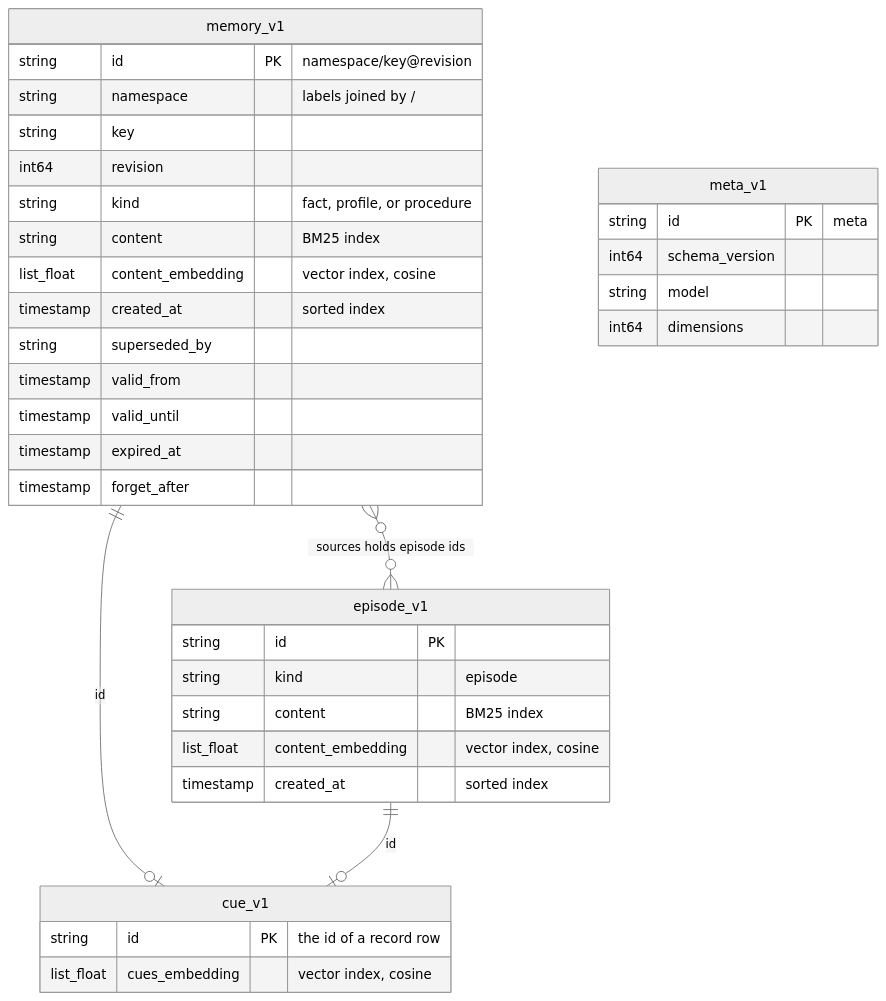
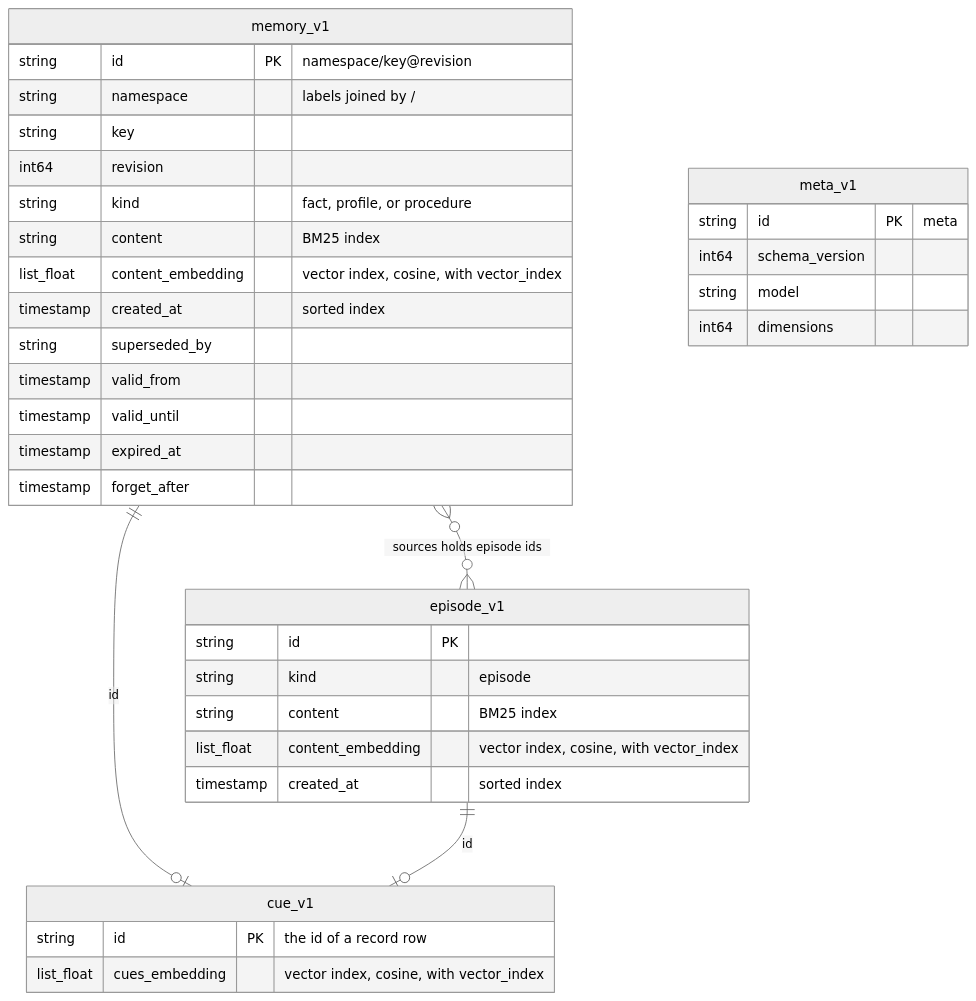
Before and after one commit to hotdata-dev/hotmemory: the second of 12 diagrams in docs/internal/architecture.md, drawn with Mermaid (neutral theme). The commit also changed other lines of this file and 7 other files, not shown here.

````diff
--- a/docs/internal/architecture.md
+++ b/docs/internal/architecture.md
@@ -78,38 +78,38 @@
 ```mermaid
 erDiagram
     memory_v1 ||--o| cue_v1 : "id"
     episode_v1 ||--o| cue_v1 : "id"
     memory_v1 }o--o{ episode_v1 : "sources holds episode ids"
     memory_v1 {
         string id PK "namespace/key@revision"
         string namespace "labels joined by /"
         string key
         int64 revision
         string kind "fact, profile, or procedure"
         string content "BM25 index"
-        list_float content_embedding "vector index, cosine"
+        list_float content_embedding "vector index, cosine, with vector_index"
         timestamp created_at "sorted index"
         string superseded_by
         timestamp valid_from
         timestamp valid_until
         timestamp expired_at
         timestamp forget_after
     }
     episode_v1 {
         string id PK
         string kind "episode"
         string content "BM25 index"
-        list_float content_embedding "vector index, cosine"
+        list_float content_embedding "vector index, cosine, with vector_index"
         timestamp created_at "sorted index"
     }
     cue_v1 {
         string id PK "the id of a record row"
-        list_float cues_embedding "vector index, cosine"
+        list_float cues_embedding "vector index, cosine, with vector_index"
     }
     meta_v1 {
         string id PK "meta"
         int64 schema_version
         string model
         int64 dimensions
     }
 ```
````
